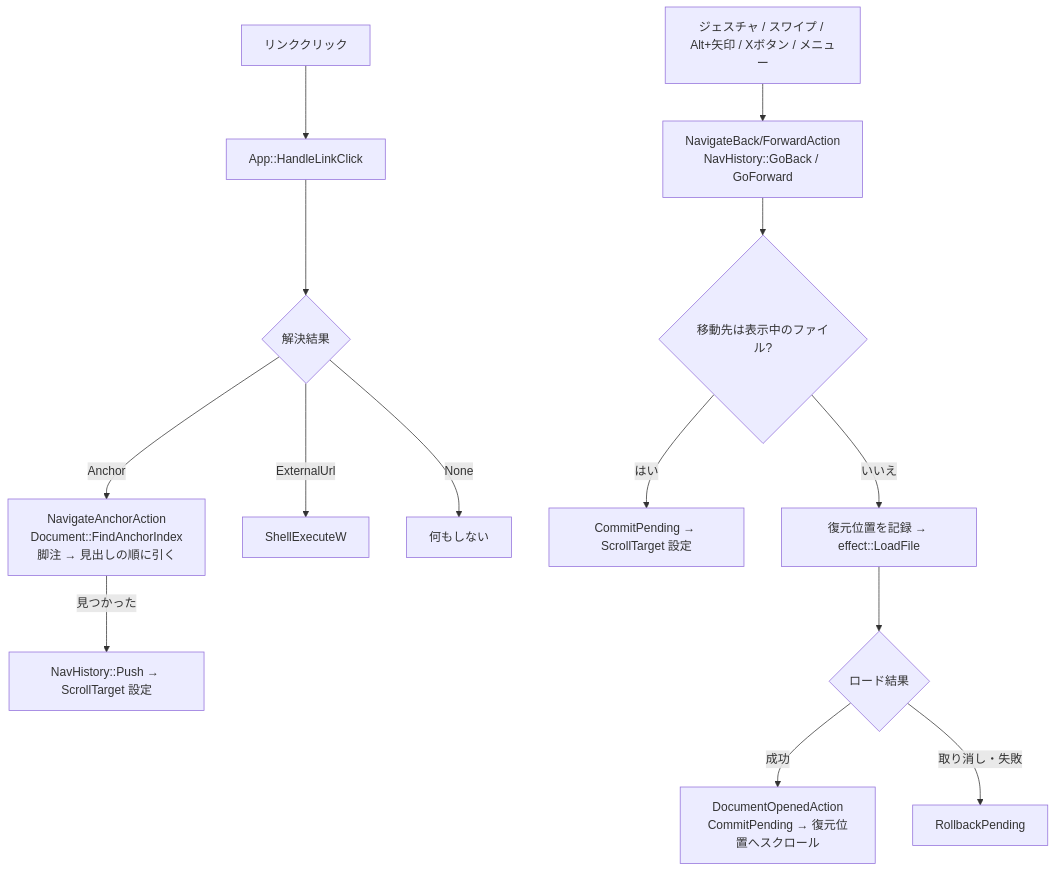
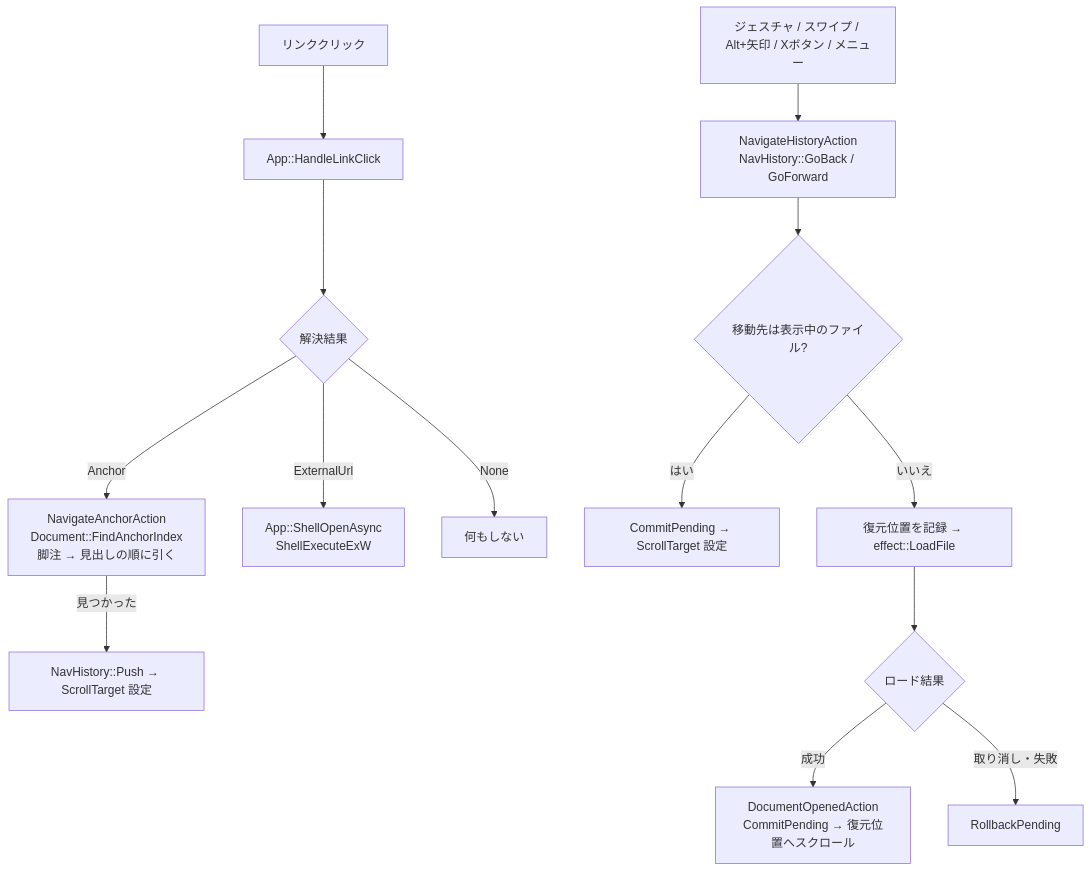
Before and after one commit to tanaton/mendo: diagram 12 of 27 in example/test.md, drawn with Mermaid. The commit also changed other lines of this file and 119 other files, not shown here.

````diff
--- a/example/test.md
+++ b/example/test.md
@@ -1732,16 +1784,16 @@
 ```mermaid
 flowchart TD
     LINK[リンククリック] --> APP[App::HandleLinkClick]
     APP --> KIND{解決結果}
     KIND -->|Anchor| ANCHOR[NavigateAnchorAction<br>Document::FindAnchorIndex<br>脚注 → 見出しの順に引く]
-    KIND -->|ExternalUrl| SHELL[ShellExecuteW]
+    KIND -->|ExternalUrl| SHELL[App::ShellOpenAsync<br>ShellExecuteExW]
     KIND -->|None| NOP[何もしない]
     ANCHOR -->|見つかった| PUSH[NavHistory::Push → ScrollTarget 設定]
-    HIST[ジェスチャ / スワイプ / Alt+矢印 / Xボタン / メニュー] --> NAV[NavigateBack/ForwardAction<br>NavHistory::GoBack / GoForward]
+    HIST[ジェスチャ / スワイプ / Alt+矢印 / Xボタン / メニュー] --> NAV[NavigateHistoryAction<br>NavHistory::GoBack / GoForward]
     NAV --> SAME{移動先は表示中のファイル?}
     SAME -->|はい| COMMIT[CommitPending → ScrollTarget 設定]
     SAME -->|いいえ| LOAD[復元位置を記録 → effect::LoadFile]
     LOAD --> RESULT{ロード結果}
     RESULT -->|成功| RESTORE[DocumentOpenedAction<br>CommitPending → 復元位置へスクロール]
     RESULT -->|取り消し・失敗| ROLLBACK[RollbackPending]
 ```
````
